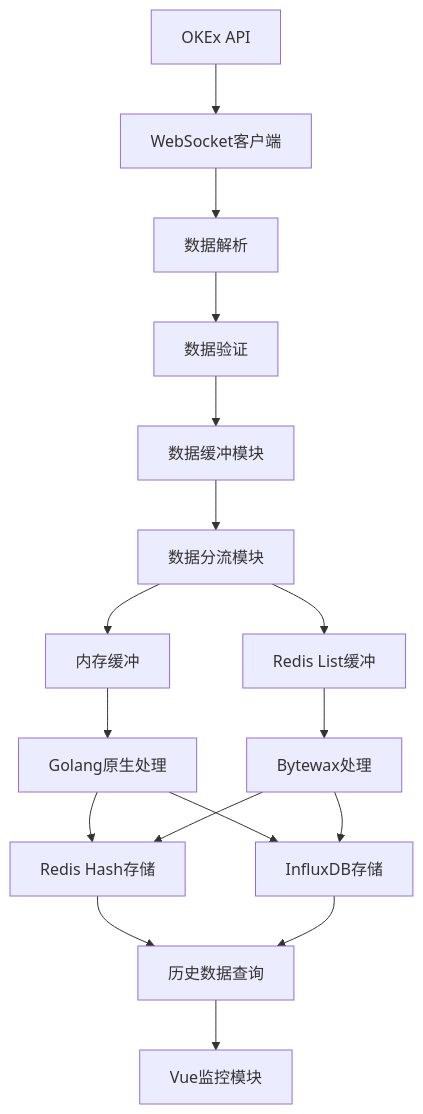
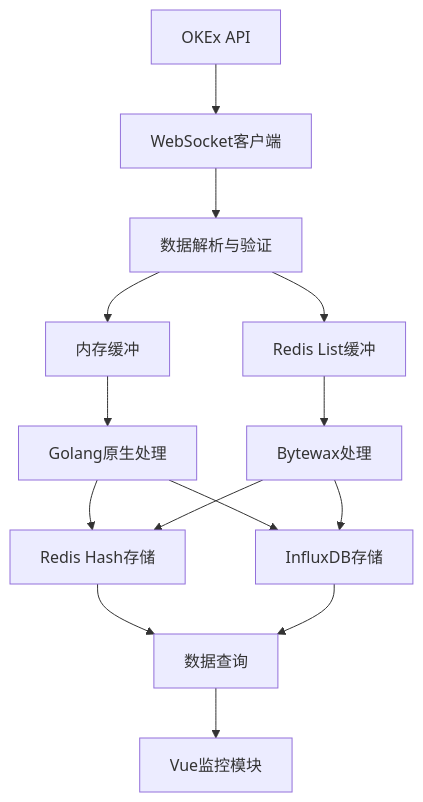
One commit to bidepideyipi/okex-books-buddy changed the second of 5 diagrams in ARCHITECTURE.md. Above: the diagram before and after it, drawn with Mermaid. The commit also changed other lines of this file and 14 other files, not shown here.

````diff
--- a/ARCHITECTURE.md
+++ b/ARCHITECTURE.md
@@ -202,23 +215,19 @@
 ```mermaid
 graph TB
     A["OKEx API"] --> B["WebSocket客户端"]
-    B --> C["数据解析"]
-    C --> D["数据验证"]
-    D --> E["数据缓冲模块"]
-    E --> F["数据分流模块"]
-    
-    F --> G["内存缓冲"]
-    F --> H["Redis List缓冲"]
-    
+    B --> C["数据解析与验证"]
+    C --> G["内存缓冲"]
+    C --> H["Redis List缓冲"]
+  
     G --> I["Golang原生处理"]
     H --> J["Bytewax处理"]
-    
+  
     I --> K["Redis Hash存储"]
     J --> K
     I --> L["InfluxDB存储"]
     J --> L
-    
-    K --> M["历史数据查询"]
+  
+    K --> M["数据查询"]
     L --> M
     M --> N["Vue监控模块"]
 ```
````
